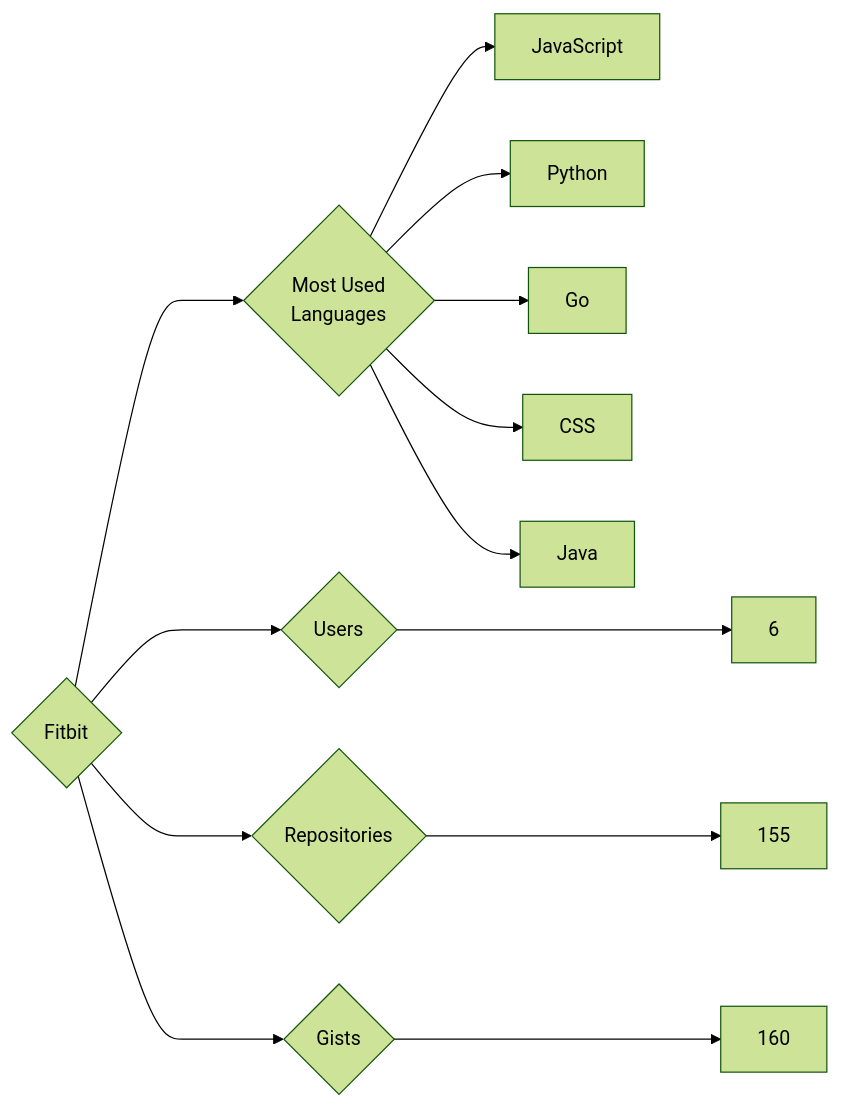
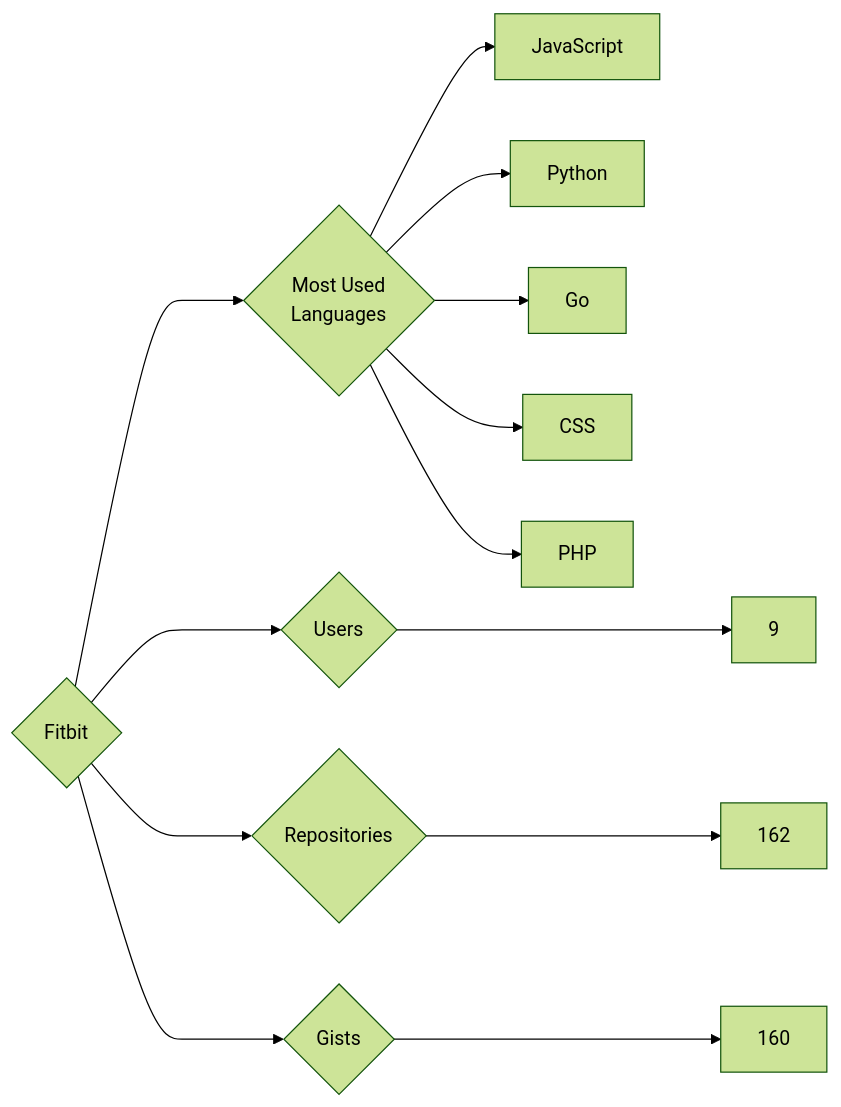
Before and after one commit to trickest/insiders: the diagram in targets/Fitbit/README.md, drawn with Mermaid (forest theme). The commit also changed 998 other files, not shown here.

````diff
--- a/targets/Fitbit/README.md
+++ b/targets/Fitbit/README.md
@@ -3,13 +3,13 @@
 ```mermaid
 graph LR
 COMPANY_NAME{Fitbit}
-COMPANY_NAME ---> U{Users} ---> UN[6]
-COMPANY_NAME ---> R{Repositories} ---> RN[155]
+COMPANY_NAME ---> U{Users} ---> UN[9]
+COMPANY_NAME ---> R{Repositories} ---> RN[162]
 COMPANY_NAME ---> G{Gists} ---> GN[160]
 COMPANY_NAME ---> ML{Most Used<br>Languages}
 ML --> JavaScript[JavaScript]
 ML --> Python[Python]
 ML --> Go[Go]
 ML --> CSS[CSS]
-ML --> Java[Java]
+ML --> PHP[PHP]
 ```
````
